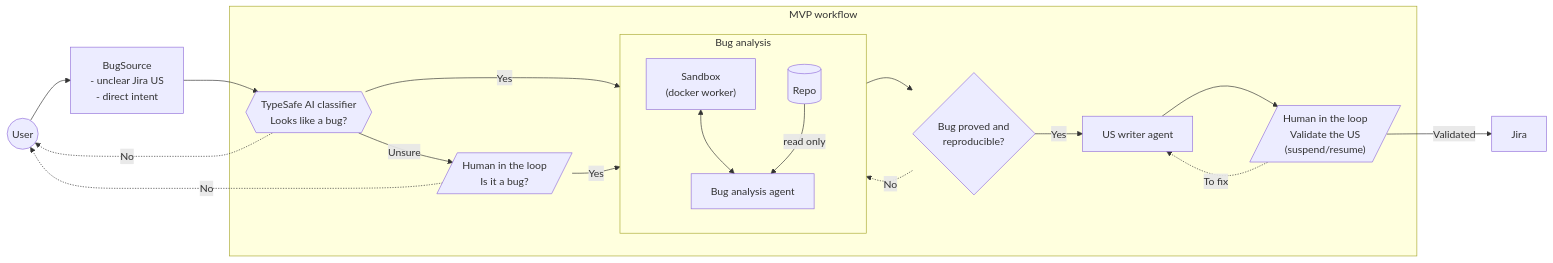
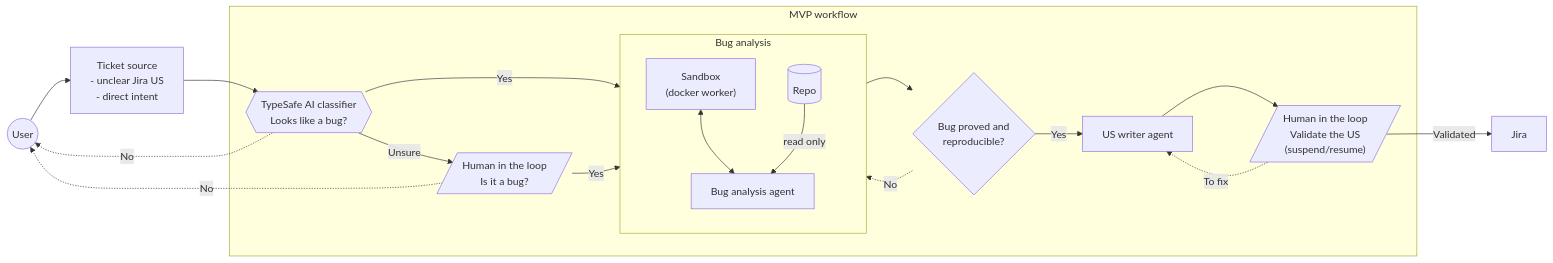
Before and after one commit to kyu-dev/foxconn: the diagram in architecture.md, drawn with Mermaid. The commit also changed other lines of this file and 6 other files, not shown here.

Commit message:
refacto: rename bug report to ticket

````diff
--- a/architecture.md
+++ b/architecture.md
@@ -8,32 +8,32 @@
 ```mermaid
 flowchart LR
-  user((User)) --> src["BugSource<br/>- unclear Jira US<br/>- direct intent"]
+  user((User)) --> src["Ticket source<br/>- unclear Jira US<br/>- direct intent"]
 
   subgraph MVP[MVP workflow]
     cls{{"TypeSafe AI classifier<br/>Looks like a bug?"}}
     human1[/"Human in the loop<br/>Is it a bug?"/]
     subgraph agentBox[Bug analysis]
       direction TB
       sandbox["Sandbox<br/>(docker worker)"] <--> analysis[Bug analysis agent]
       repo[(Repo)] -- read only --> analysis
     end
     check{"Bug proved and<br/>reproducible?"}
     writer[US writer agent]
     human2[/"Human in the loop<br/>Validate the US<br/>(suspend/resume)"/]
   end
 
   src --> cls
   cls -- Yes --> agentBox
   cls -. No .-> user
   cls -- Unsure --> human1
   human1 -- Yes --> agentBox
   human1 -. No .-> user
 
   agentBox --> check
   check -. No .-> agentBox
   check -- Yes --> writer
 
   writer --> human2
   human2 -- Validated --> jira[Jira]
   human2 -. To fix .-> writer
 ```
````
